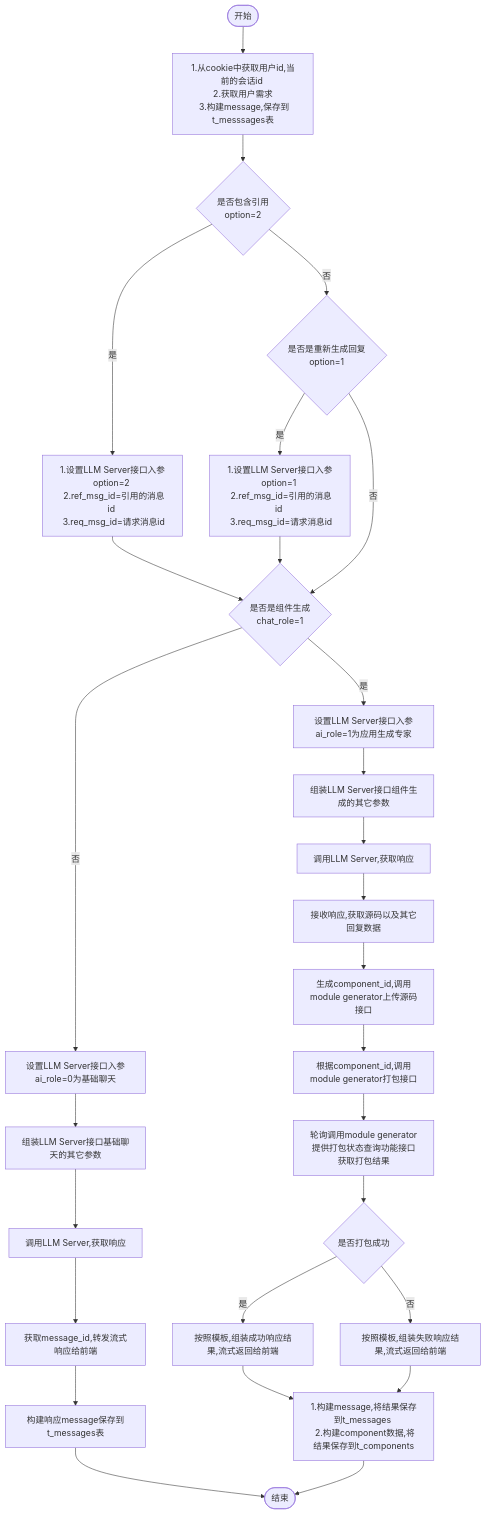
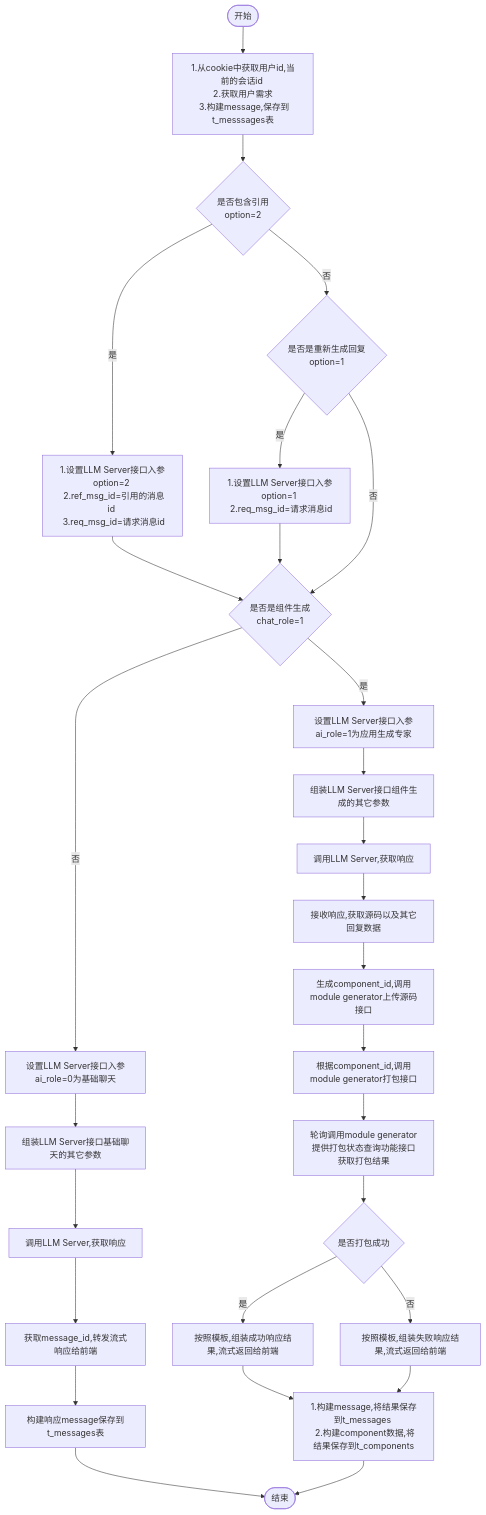
Before and after one commit to yingjianzh/iodraw-files: the diagram in all/w3-会话-不需要传递message.md, drawn with Mermaid.

Commit message:
2024-10-15 15:08:36 update

````diff
--- a/all/w3-会话-不需要传递message.md
+++ b/all/w3-会话-不需要传递message.md
@@ -1,34 +1,34 @@
 ```mermaid
 flowchart TD
     A([开始]) --> B[1.从cookie中获取用户id,当前的会话id \n 2.获取用户需求 \n 3.构建message,保存到t_messsages表]
     B--> D{是否包含引用 \n option=2}
     D -- 是 --> E[1.设置LLM Server接口入参option=2 \n 2.ref_msg_id=引用的消息id \n 3.req_msg_id=请求消息id]
     D -- 否 --> F{是否是重新生成回复\n option=1}
-    F -- 是 --> G[1.设置LLM Server接口入参option=1 \n 2.ref_msg_id=引用的消息id \n 3.req_msg_id=请求消息id]
+    F -- 是 --> G[1.设置LLM Server接口入参option=1 \n 2.req_msg_id=请求消息id]
     F -- 否 --> I
      
     E & G --> I{是否是组件生成 \n chat_role=1}
     I -- 否 --> K[设置LLM Server接口入参ai_role=0为基础聊天]
     I -- 是 --> J[设置LLM Server接口入参ai_role=1为应用生成专家]
     
 
     J --> L[组装LLM Server接口组件生成的其它参数]    
     K --> M[组装LLM Server接口基础聊天的其它参数]    
     M --> N[调用LLM Server,获取响应]    
     N --> O[获取message_id,转发流式响应给前端]
     O --> P[构建响应message保存到t_messages表]
     P --> R([结束])
 
 
     L --> S[调用LLM Server,获取响应]
     S --> T[接收响应,获取源码以及其它回复数据]
     T --> U[生成component_id,调用module generator上传源码接口]
     U --> V[根据component_id,调用module generator打包接口]
     V --> W[轮询调用module generator提供打包状态查询功能接口获取打包结果]
     W --> X{是否打包成功}
     X -- 是 --> Y[按照模板,组装成功响应结果,流式返回给前端]
     X -- 否 --> Z[按照模板,组装失败响应结果,流式返回给前端]
 
     Y & Z --> Result[1.构建message,将结果保存到t_messages \n 2.构建component数据,将结果保存到t_components]
     Result --> R
 ```
````
